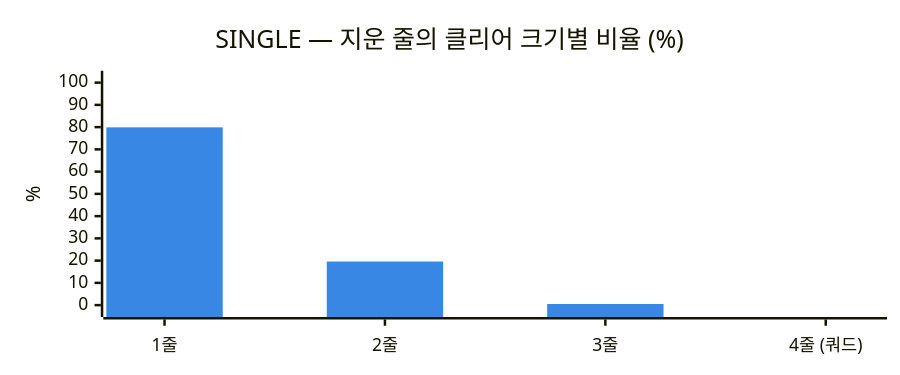
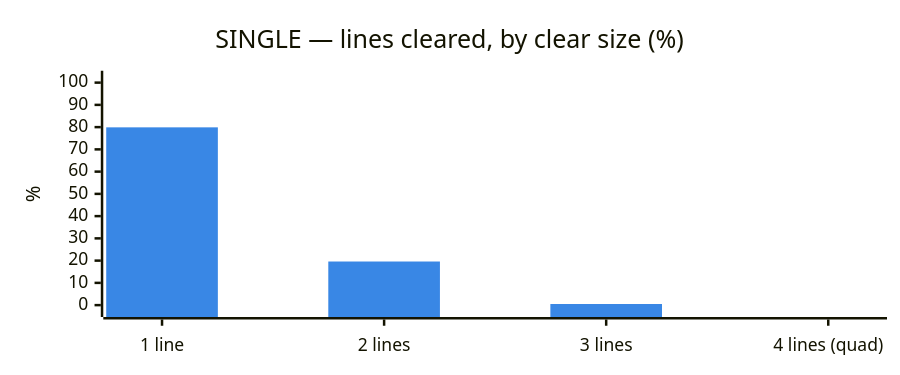
The second of 5 diagrams in README.md (JTech-CO/Tetrio-AI), drawn with Mermaid before and after one commit. The commit also changed other lines of this file and 6 other files, not shown here.

````diff
--- a/README.md
+++ b/README.md
@@ -56,9 +79,9 @@
 ```mermaid
 %%{init: {"xyChart": {"height": 280}, "themeVariables": {"xyChart": {"plotColorPalette": "#3987e5"}}}}%%
 xychart-beta
-    title "SINGLE — 지운 줄의 클리어 크기별 비율 (%)"
-    x-axis ["1줄", "2줄", "3줄", "4줄 (쿼드)"]
+    title "SINGLE — lines cleared, by clear size (%)"
+    x-axis ["1 line", "2 lines", "3 lines", "4 lines (quad)"]
     y-axis "%" 0 --> 100
-    %% 음수 = 막대 없음(0%).
+    %% A negative value draws no bar (0%).
     bar [79.9, 19.6, 0.5, -10]
 ```
````
